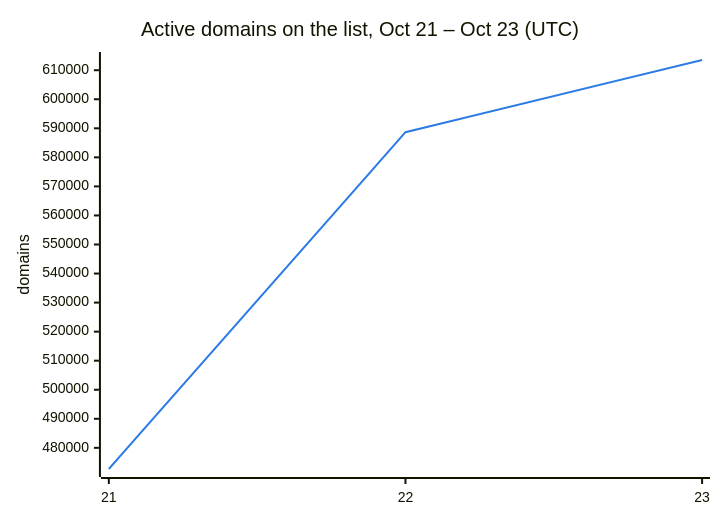
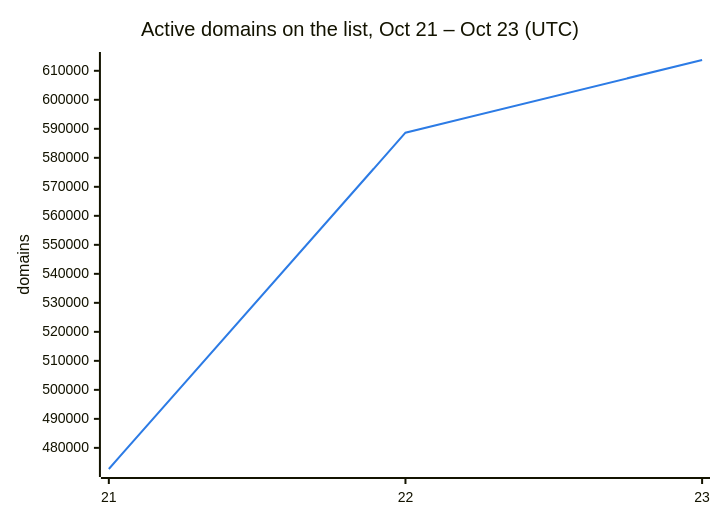
One commit to DNSBunker/CTI changed the second of 3 diagrams in README.md. Above: the diagram before and after it, drawn with Mermaid. The commit also changed other lines of this file and 3 other files, not shown here.

````diff
--- a/README.md
+++ b/README.md
@@ -38,8 +38,8 @@
 ```mermaid
 %%{init: {"themeVariables": {"xyChart": {"plotColorPalette": "#2c7be5"}}}}%%
 xychart-beta
     title "Active domains on the list, Oct 21 – Oct 23 (UTC)"
     x-axis ["21", "22", "23"]
     y-axis "domains"
-    line [472713, 588659, 613514]
+    line [472713, 588659, 613723]
 ```
````
